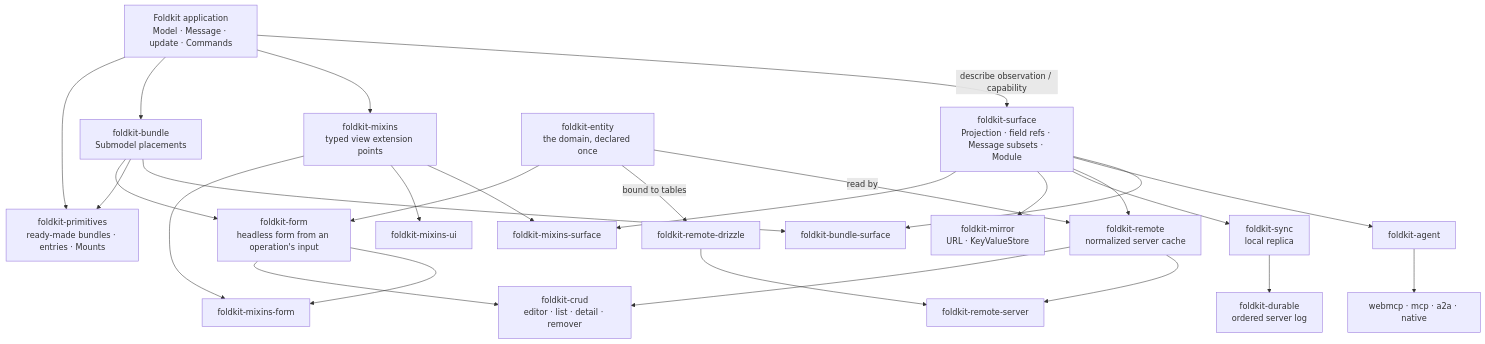
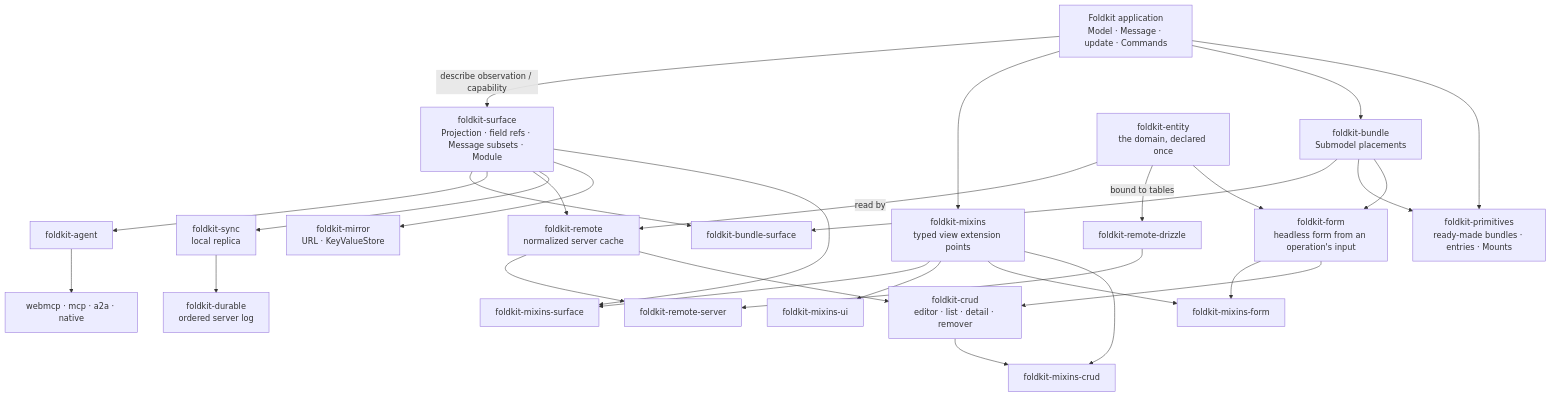
Before and after one commit to doeixd/foldkit-plus: the diagram in README.md, drawn with Mermaid. The commit also changed other lines of this file and 25 other files, not shown here.

First line of the commit message:
Add foldkit-mixins-crud: a Crud list as a table, a detail as a description list

````diff
--- a/README.md
+++ b/README.md
@@ -259,46 +259,49 @@
 ```mermaid
 flowchart TB
   app["Foldkit application<br/>Model · Message · update · Commands"]
   surface["foldkit-surface<br/>Projection · field refs · Message subsets · Module"]
   agent["foldkit-agent"]
   agentAdapters["webmcp · mcp · a2a · native"]
   remote["foldkit-remote<br/>normalized server cache"]
   server["foldkit-remote-server"]
   drizzle["foldkit-remote-drizzle"]
   sync["foldkit-sync<br/>local replica"]
   durable["foldkit-durable<br/>ordered server log"]
   mirror["foldkit-mirror<br/>URL · KeyValueStore"]
   bundle["foldkit-bundle<br/>Submodel placements"]
   bundleSurface["foldkit-bundle-surface"]
   primitives["foldkit-primitives<br/>ready-made bundles · entries · Mounts"]
   mixins["foldkit-mixins<br/>typed view extension points"]
   mixinsSurface["foldkit-mixins-surface"]
   mixinsUi["foldkit-mixins-ui"]
   entity["foldkit-entity<br/>the domain, declared once"]
   form["foldkit-form<br/>headless form from an operation's input"]
   mixinsForm["foldkit-mixins-form"]
+  mixinsCrud["foldkit-mixins-crud"]
   crud["foldkit-crud<br/>editor · list · detail · remover"]
 
   app -- "describe observation / capability" --> surface
   app --> mixins
   app --> bundle --> bundleSurface
   app --> primitives
   bundle --> primitives
   surface --> bundleSurface
   surface --> agent --> agentAdapters
   surface --> remote --> server
   drizzle --> server
   surface --> sync --> durable
   surface --> mirror
   surface --> mixinsSurface
   mixins --> mixinsSurface
   mixins --> mixinsUi
   entity -- "read by" --> remote
   entity -- "bound to tables" --> drizzle
   entity --> form
   bundle --> form
   form --> mixinsForm
   mixins --> mixinsForm
   form --> crud
+  crud --> mixinsCrud
+  mixins --> mixinsCrud
   remote --> crud
 ```
````
